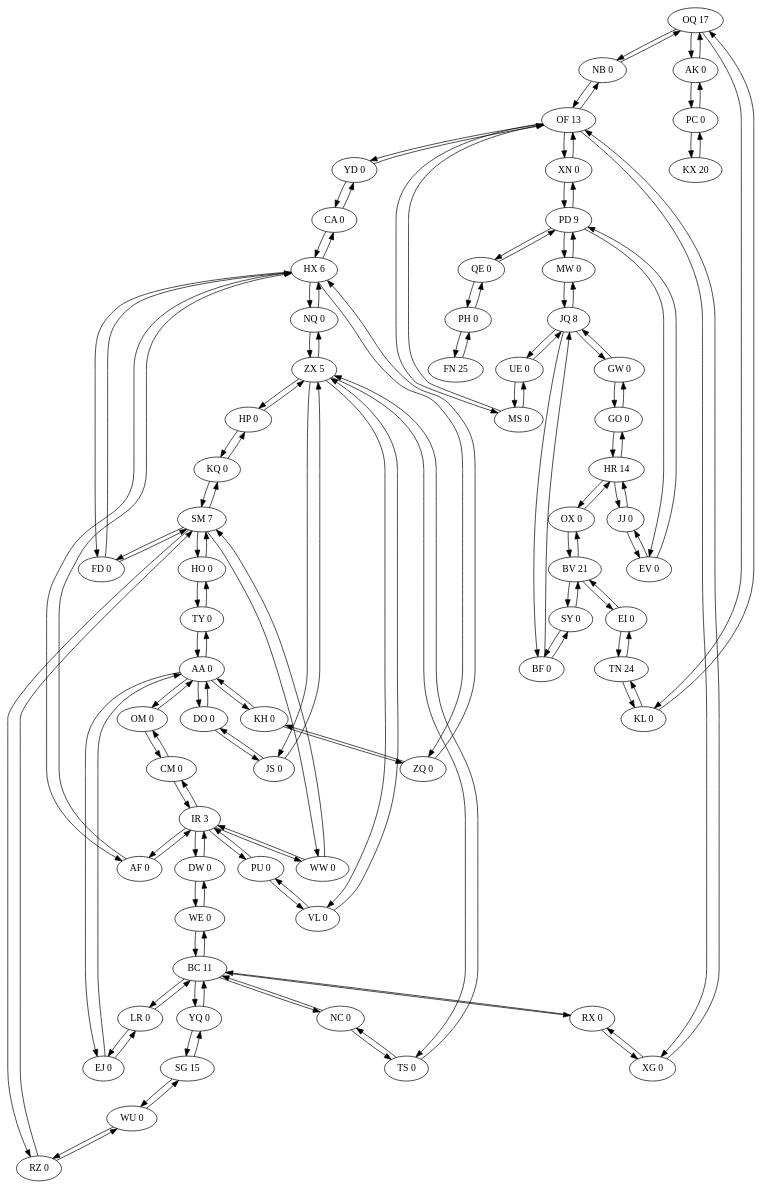
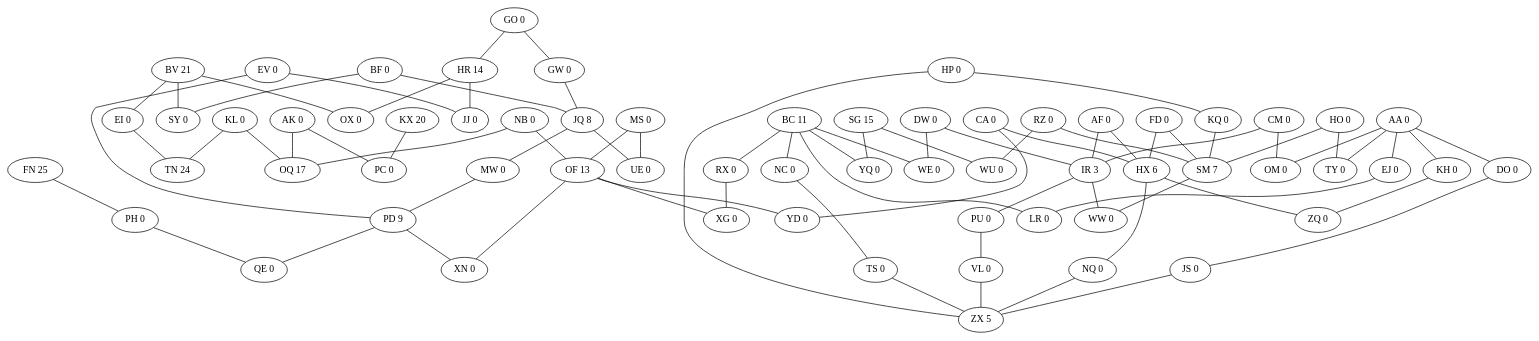
One commit to mvidner/adventofcode changed the diagram in 2022/16/input.txt.dot. Above: the diagram before and after it, drawn with Graphviz. The commit also changed 2 other files, not shown here.

Commit message:
2022/16 graphviz: undirected graphs

```diff
--- a/2022/16/input.txt.dot
+++ b/2022/16/input.txt.dot
@@ -1,217 +1,141 @@
-digraph g {
+graph g {
   OQ[label="OQ 17"];
-    OQ -> NB;
-    OQ -> AK;
-    OQ -> KL;
   HP[label="HP 0"];
-    HP -> ZX;
-    HP -> KQ;
+    HP -- ZX;
+    HP -- KQ;
   GO[label="GO 0"];
-    GO -> HR;
-    GO -> GW;
+    GO -- HR;
+    GO -- GW;
   PD[label="PD 9"];
-    PD -> XN;
-    PD -> EV;
-    PD -> QE;
-    PD -> MW;
+    PD -- XN;
+    PD -- QE;
   NQ[label="NQ 0"];
-    NQ -> HX;
-    NQ -> ZX;
+    NQ -- ZX;
   DW[label="DW 0"];
-    DW -> IR;
-    DW -> WE;
+    DW -- IR;
+    DW -- WE;
   TN[label="TN 24"];
-    TN -> KL;
-    TN -> EI;
   JJ[label="JJ 0"];
-    JJ -> EV;
-    JJ -> HR;
   KH[label="KH 0"];
-    KH -> ZQ;
-    KH -> AA;
+    KH -- ZQ;
   PH[label="PH 0"];
-    PH -> FN;
-    PH -> QE;
+    PH -- QE;
   FD[label="FD 0"];
-    FD -> SM;
-    FD -> HX;
+    FD -- SM;
+    FD -- HX;
   SM[label="SM 7"];
-    SM -> WW;
-    SM -> RZ;
-    SM -> FD;
-    SM -> HO;
-    SM -> KQ;
+    SM -- WW;
   PU[label="PU 0"];
-    PU -> VL;
-    PU -> IR;
+    PU -- VL;
   OM[label="OM 0"];
-    OM -> CM;
-    OM -> AA;
   KX[label="KX 20"];
-    KX -> PC;
+    KX -- PC;
   IR[label="IR 3"];
-    IR -> PU;
-    IR -> CM;
-    IR -> WW;
-    IR -> DW;
-    IR -> AF;
+    IR -- PU;
+    IR -- WW;
   XG[label="XG 0"];
-    XG -> RX;
-    XG -> OF;
   QE[label="QE 0"];
-    QE -> PH;
-    QE -> PD;
   GW[label="GW 0"];
-    GW -> JQ;
-    GW -> GO;
+    GW -- JQ;
   HO[label="HO 0"];
-    HO -> SM;
-    HO -> TY;
+    HO -- SM;
+    HO -- TY;
   WU[label="WU 0"];
-    WU -> SG;
-    WU -> RZ;
   MS[label="MS 0"];
-    MS -> UE;
-    MS -> OF;
+    MS -- UE;
+    MS -- OF;
   JS[label="JS 0"];
-    JS -> DO;
-    JS -> ZX;
+    JS -- ZX;
   YQ[label="YQ 0"];
-    YQ -> BC;
-    YQ -> SG;
   EJ[label="EJ 0"];
-    EJ -> AA;
-    EJ -> LR;
+    EJ -- LR;
   EI[label="EI 0"];
-    EI -> BV;
-    EI -> TN;
+    EI -- TN;
   NC[label="NC 0"];
-    NC -> TS;
-    NC -> BC;
+    NC -- TS;
   AF[label="AF 0"];
-    AF -> IR;
-    AF -> HX;
+    AF -- IR;
+    AF -- HX;
   OX[label="OX 0"];
-    OX -> HR;
-    OX -> BV;
   BF[label="BF 0"];
-    BF -> JQ;
-    BF -> SY;
+    BF -- JQ;
+    BF -- SY;
   CA[label="CA 0"];
-    CA -> YD;
-    CA -> HX;
+    CA -- YD;
+    CA -- HX;
   KQ[label="KQ 0"];
-    KQ -> HP;
-    KQ -> SM;
+    KQ -- SM;
   NB[label="NB 0"];
-    NB -> OQ;
-    NB -> OF;
+    NB -- OQ;
+    NB -- OF;
   SY[label="SY 0"];
-    SY -> BF;
-    SY -> BV;
   AA[label="AA 0"];
-    AA -> KH;
-    AA -> EJ;
-    AA -> OM;
-    AA -> TY;
-    AA -> DO;
+    AA -- KH;
+    AA -- EJ;
+    AA -- OM;
+    AA -- TY;
+    AA -- DO;
   BC[label="BC 11"];
-    BC -> WE;
-    BC -> RX;
-    BC -> YQ;
-    BC -> LR;
-    BC -> NC;
+    BC -- WE;
+    BC -- RX;
+    BC -- YQ;
+    BC -- LR;
+    BC -- NC;
   HR[label="HR 14"];
-    HR -> OX;
-    HR -> GO;
-    HR -> JJ;
+    HR -- OX;
+    HR -- JJ;
   WE[label="WE 0"];
-    WE -> DW;
-    WE -> BC;
   MW[label="MW 0"];
-    MW -> JQ;
-    MW -> PD;
+    MW -- PD;
   DO[label="DO 0"];
-    DO -> JS;
-    DO -> AA;
+    DO -- JS;
   PC[label="PC 0"];
-    PC -> AK;
-    PC -> KX;
   YD[label="YD 0"];
-    YD -> CA;
-    YD -> OF;
   RX[label="RX 0"];
-    RX -> XG;
-    RX -> BC;
+    RX -- XG;
   CM[label="CM 0"];
-    CM -> IR;
-    CM -> OM;
+    CM -- IR;
+    CM -- OM;
   HX[label="HX 6"];
-    HX -> ZQ;
-    HX -> NQ;
-    HX -> AF;
-    HX -> FD;
-    HX -> CA;
+    HX -- ZQ;
+    HX -- NQ;
   ZQ[label="ZQ 0"];
-    ZQ -> KH;
-    ZQ -> HX;
   BV[label="BV 21"];
-    BV -> SY;
-    BV -> OX;
-    BV -> EI;
+    BV -- SY;
+    BV -- OX;
+    BV -- EI;
   AK[label="AK 0"];
-    AK -> PC;
-    AK -> OQ;
+    AK -- PC;
+    AK -- OQ;
   UE[label="UE 0"];
-    UE -> MS;
-    UE -> JQ;
   LR[label="LR 0"];
-    LR -> BC;
-    LR -> EJ;
   JQ[label="JQ 8"];
-    JQ -> MW;
-    JQ -> UE;
-    JQ -> BF;
-    JQ -> GW;
+    JQ -- MW;
+    JQ -- UE;
   VL[label="VL 0"];
-    VL -> PU;
-    VL -> ZX;
+    VL -- ZX;
   EV[label="EV 0"];
-    EV -> JJ;
-    EV -> PD;
+    EV -- JJ;
+    EV -- PD;
   TS[label="TS 0"];
-    TS -> NC;
-    TS -> ZX;
+    TS -- ZX;
   RZ[label="RZ 0"];
-    RZ -> SM;
-    RZ -> WU;
+    RZ -- SM;
+    RZ -- WU;
   OF[label="OF 13"];
-    OF -> XG;
-    OF -> YD;
-    OF -> NB;
-    OF -> MS;
-    OF -> XN;
+    OF -- XG;
+    OF -- YD;
+    OF -- XN;
   WW[label="WW 0"];
-    WW -> SM;
-    WW -> IR;
   TY[label="TY 0"];
-    TY -> HO;
-    TY -> AA;
   XN[label="XN 0"];
-    XN -> OF;
-    XN -> PD;
   SG[label="SG 15"];
-    SG -> WU;
-    SG -> YQ;
+    SG -- WU;
+    SG -- YQ;
   FN[label="FN 25"];
-    FN -> PH;
+    FN -- PH;
   KL[label="KL 0"];
-    KL -> TN;
-    KL -> OQ;
+    KL -- TN;
+    KL -- OQ;
   ZX[label="ZX 5"];
-    ZX -> JS;
-    ZX -> HP;
-    ZX -> VL;
-    ZX -> NQ;
-    ZX -> TS;
 }
```
